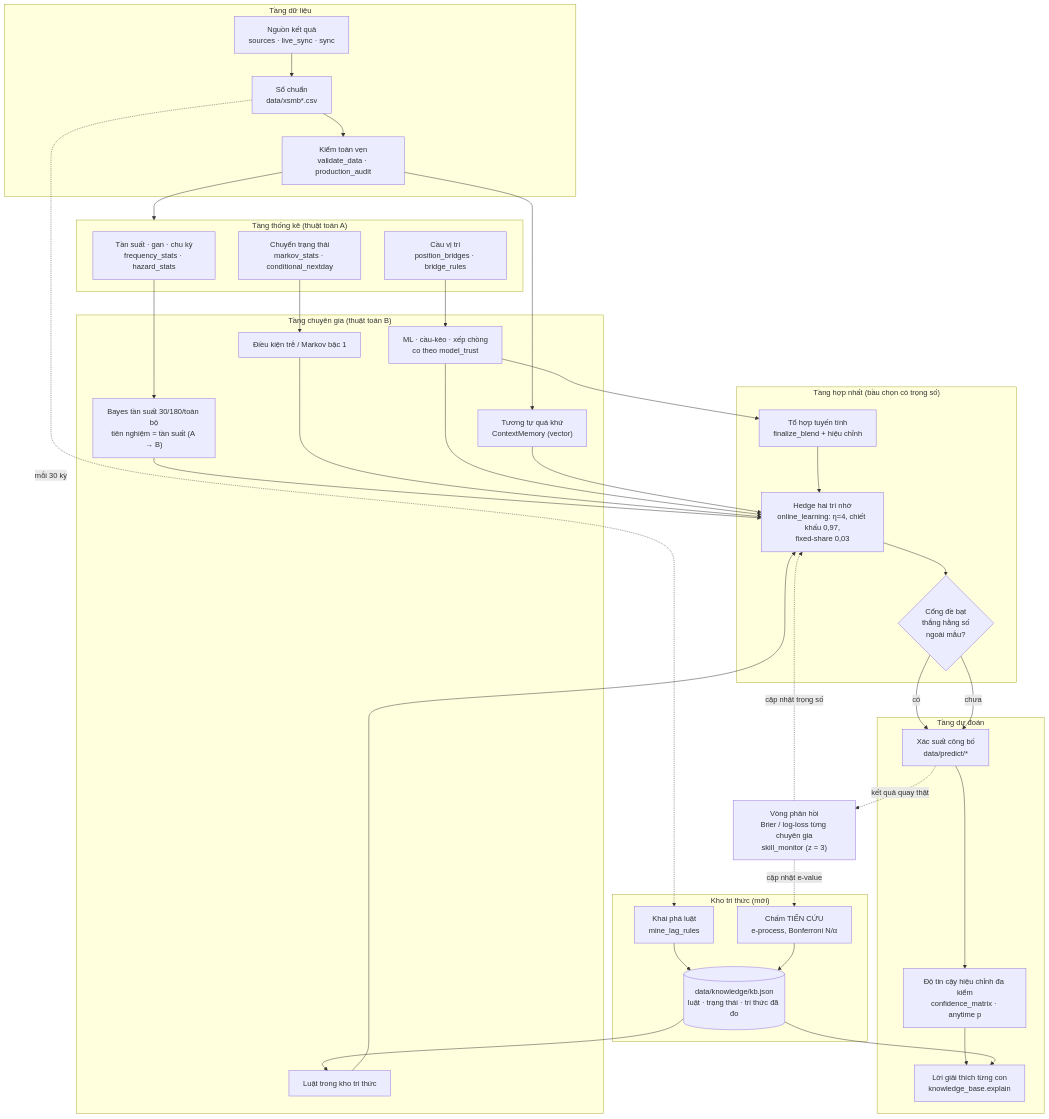
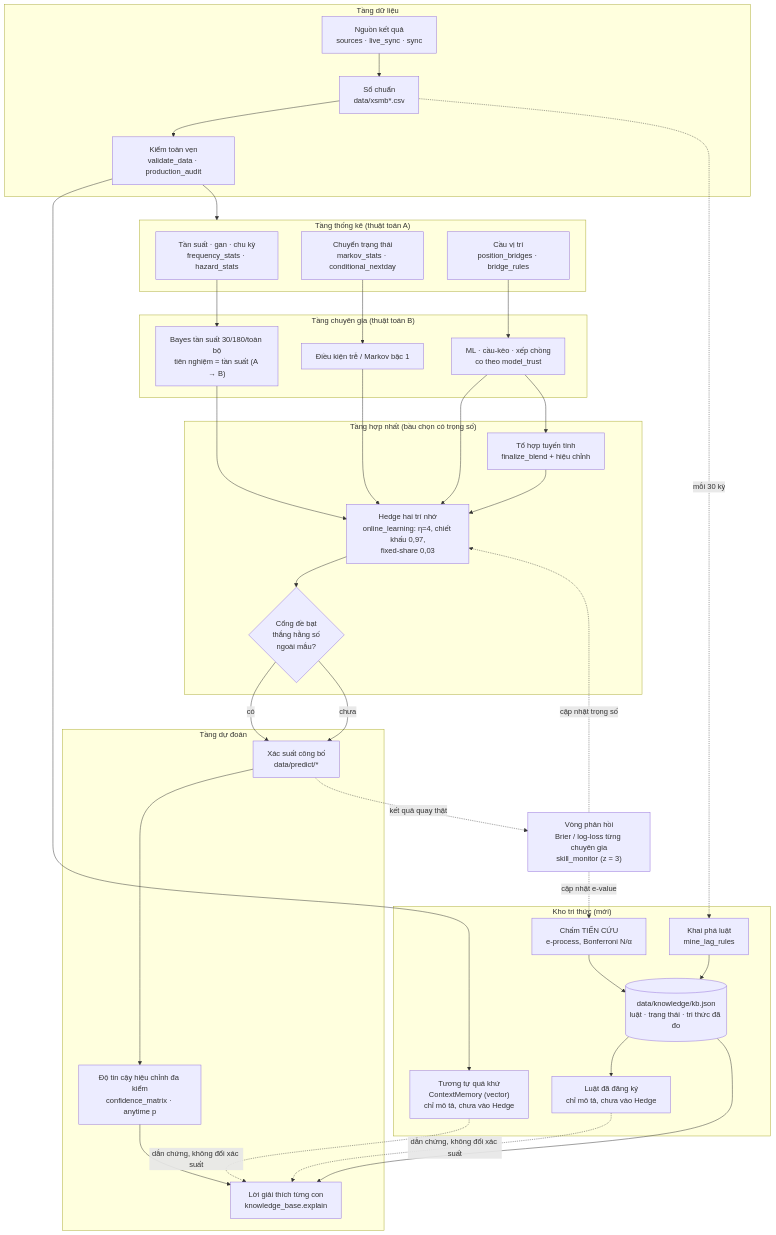
Before and after one commit to beuvivu/VLA: the first of 2 diagrams in documentation/architecture/2026-10-13-he-suy-luan-va-tu-hoc.md, drawn with Mermaid. The commit also changed other lines of this file and 4 other files, not shown here.

First line of the commit message:
Kho tri thức không chấm tiếp luật cũ bằng luật chấm mới; sơ đồ bỏ hai đầu vào Hedge không có thật

````diff
--- a/documentation/architecture/2026-10-13-he-suy-luan-va-tu-hoc.md
+++ b/documentation/architecture/2026-10-13-he-suy-luan-va-tu-hoc.md
@@ -32,58 +32,59 @@
 ```mermaid
 flowchart TD
     subgraph INGEST["Tầng dữ liệu"]
         SRC["Nguồn kết quả<br/>sources · live_sync · sync"] --> CANON["Sổ chuẩn<br/>data/xsmb*.csv"]
         CANON --> VALID["Kiểm toàn vẹn<br/>validate_data · production_audit"]
     end
 
     subgraph STATS["Tầng thống kê (thuật toán A)"]
         FREQ["Tần suất · gan · chu kỳ<br/>frequency_stats · hazard_stats"]
         MARKOV["Chuyển trạng thái<br/>markov_stats · conditional_nextday"]
         BRIDGE["Cầu vị trí<br/>position_bridges · bridge_rules"]
     end
 
     subgraph EXPERTS["Tầng chuyên gia (thuật toán B)"]
         BAYES["Bayes tần suất 30/180/toàn bộ<br/>tiên nghiệm = tần suất (A → B)"]
         LAG["Điều kiện trễ / Markov bậc 1"]
         ML["ML · cầu-kèo · xếp chồng<br/>co theo model_trust"]
-        ANALOG["Tương tự quá khứ<br/>ContextMemory (vector)"]
-        RULES["Luật trong kho tri thức"]
     end
 
     subgraph FUSE["Tầng hợp nhất (bầu chọn có trọng số)"]
         BLEND["Tổ hợp tuyến tính<br/>finalize_blend + hiệu chỉnh"]
         HEDGE["Hedge hai trí nhớ<br/>online_learning: η=4, chiết khấu 0,97,<br/>fixed-share 0,03"]
         GATE{"Cổng đề bạt<br/>thắng hằng số<br/>ngoài mẫu?"}
     end
 
     subgraph OUT["Tầng dự đoán"]
         PRED["Xác suất công bố<br/>data/predict/*"]
         CONF["Độ tin cậy hiệu chỉnh đa kiểm<br/>confidence_matrix · anytime p"]
         XAI["Lời giải thích từng con<br/>knowledge_base.explain"]
     end
 
     subgraph KB["Kho tri thức (mới)"]
         MINE["Khai phá luật<br/>mine_lag_rules"]
         STORE[("data/knowledge/kb.json<br/>luật · trạng thái · tri thức đã đo")]
         SCORE["Chấm TIẾN CỨU<br/>e-process, Bonferroni N/α"]
+        ANALOG["Tương tự quá khứ<br/>ContextMemory (vector)<br/>chỉ mô tả, chưa vào Hedge"]
+        RULES["Luật đã đăng ký<br/>chỉ mô tả, chưa vào Hedge"]
     end
 
     VALID --> STATS
     FREQ --> BAYES
     MARKOV --> LAG
     BRIDGE --> ML
     VALID --> ANALOG
     MINE --> STORE --> RULES
-    BAYES & LAG & ML & ANALOG & RULES --> HEDGE
+    BAYES & LAG & ML --> HEDGE
     ML --> BLEND --> HEDGE
     HEDGE --> GATE
     GATE -- "có" --> PRED
     GATE -- "chưa" --> PRED
     PRED --> CONF --> XAI
     STORE --> XAI
+    ANALOG & RULES -. "dẫn chứng, không đổi xác suất" .-> XAI
 
     PRED -. "kết quả quay thật" .-> FEEDBACK["Vòng phản hồi<br/>Brier / log-loss từng chuyên gia<br/>skill_monitor (z = 3)"]
     FEEDBACK -. "cập nhật trọng số" .-> HEDGE
     FEEDBACK -. "cập nhật e-value" .-> SCORE --> STORE
     CANON -. "mỗi 30 kỳ" .-> MINE
 ```
````
